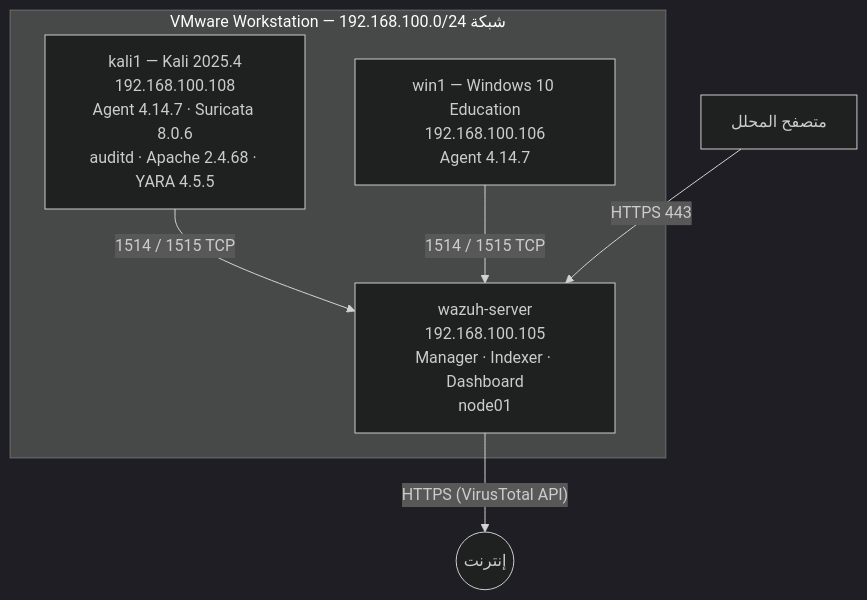
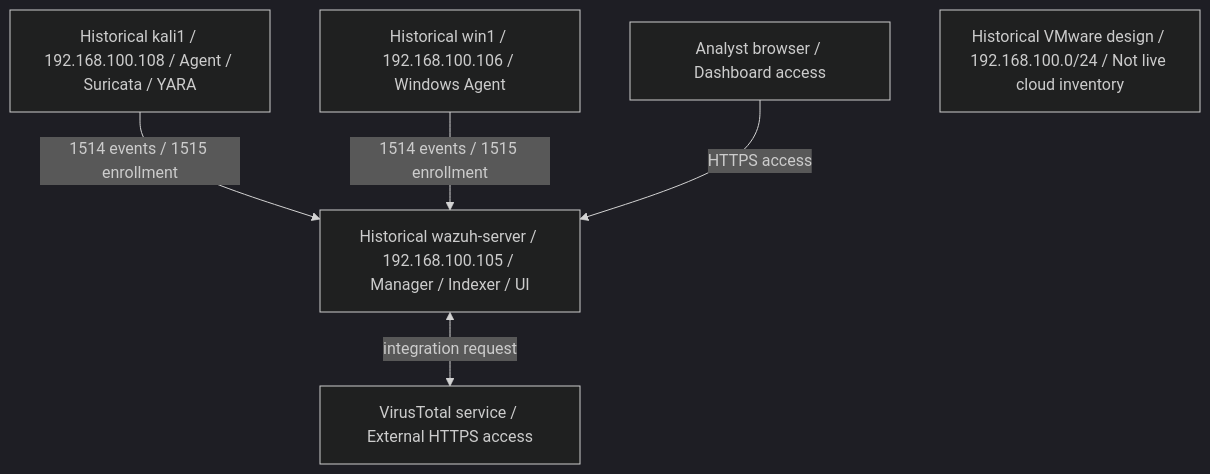
Before and after one commit to MoTechSys/my-bro: the eighth of 8 diagrams in docs/thesis/ch3_methodology.md, drawn with Mermaid (dark theme). The commit also changed other lines of this file and 1 other file, not shown here.

Commit message:
[AI] docs(thesis): synchronize chapter diagrams and correct unsupported design claims

````diff
--- a/docs/thesis/ch3_methodology.md
+++ b/docs/thesis/ch3_methodology.md
@@ -361,12 +366,13 @@
 ```mermaid
 flowchart TB
-    subgraph VMware["VMware Workstation — شبكة 192.168.100.0/24"]
-        S["wazuh-server<br/>192.168.100.105<br/>Manager · Indexer · Dashboard<br/>node01"]
-        K["kali1 — Kali 2025.4<br/>192.168.100.108<br/>Agent 4.14.7 · Suricata 8.0.6<br/>auditd · Apache 2.4.68 · YARA 4.5.5"]
-        W["win1 — Windows 10 Education<br/>192.168.100.106<br/>Agent 4.14.7"]
-        K -- "1514 / 1515 TCP" --> S
-        W -- "1514 / 1515 TCP" --> S
-    end
-    B["متصفح المحلل"] -- "HTTPS 443" --> S
-    S -- "HTTPS (VirusTotal API)" --> I((إنترنت))
+    linux["Historical kali1 / 192.168.100.108 / Agent / Suricata / YARA"]
+    server["Historical wazuh-server / 192.168.100.105 / Manager / Indexer / UI"]
+    windows["Historical win1 / 192.168.100.106 / Windows Agent"]
+    browser["Analyst browser / Dashboard access"]
+    lab["Historical VMware design / 192.168.100.0/24 / Not live cloud inventory"]
+    vt["VirusTotal service / External HTTPS access"]
+    linux -->|"1514 events / 1515 enrollment"| server
+    windows -->|"1514 events / 1515 enrollment"| server
+    browser -->|"HTTPS access"| server
+    server <-->|"integration request"| vt
 ```
````
